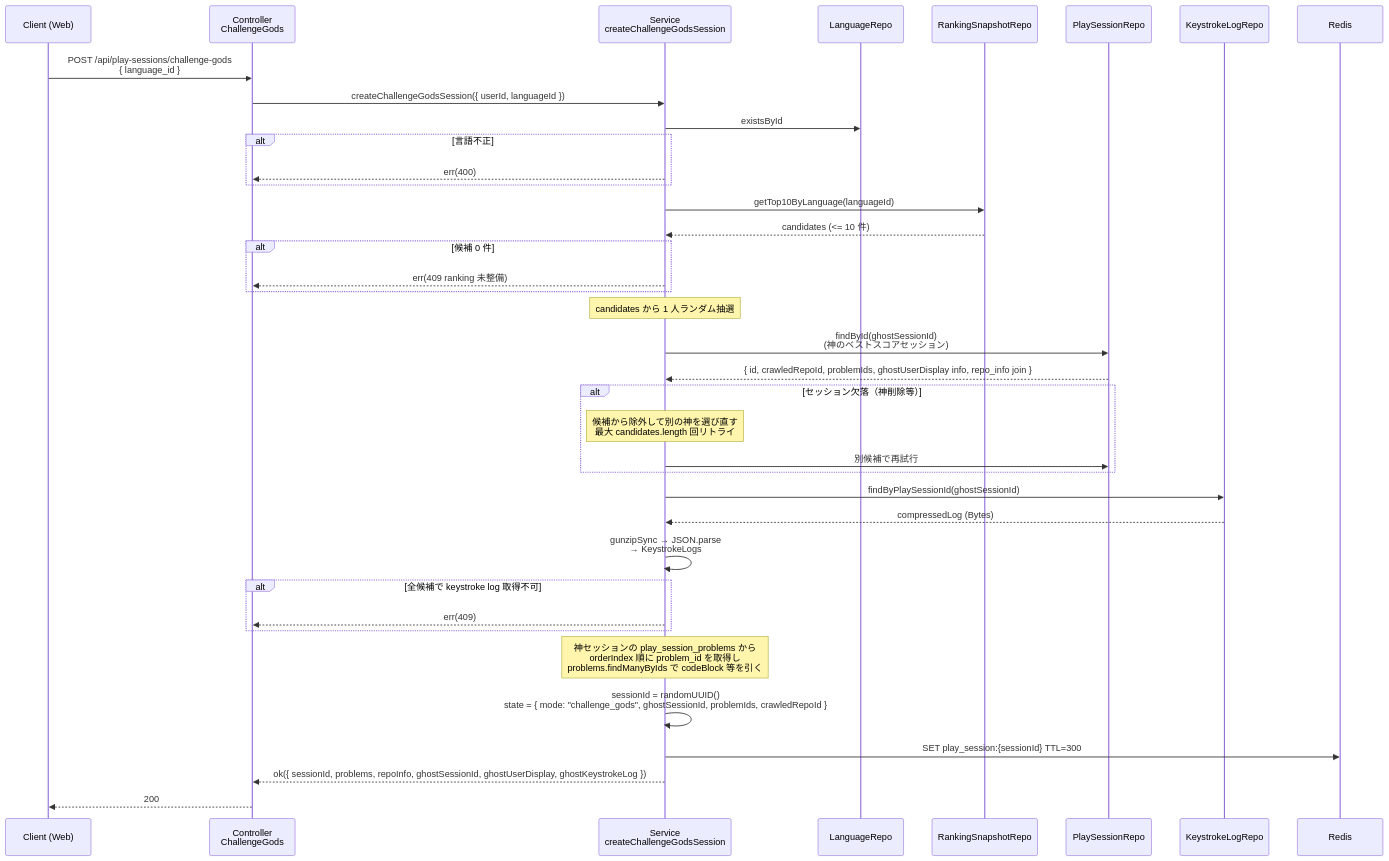
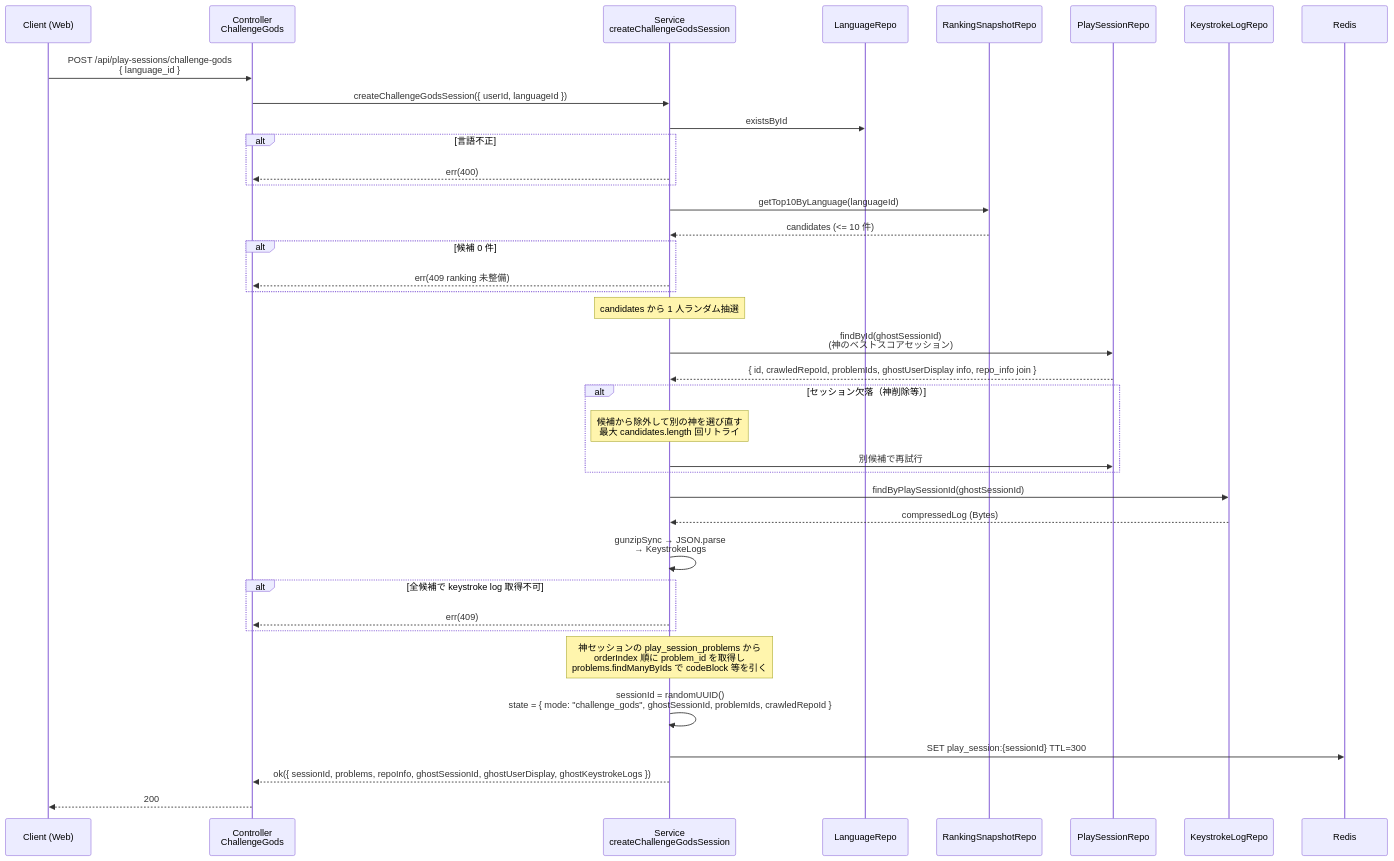
Before and after one commit to kentakki416/typing-royale: the diagram in docs/spec/typing-engine/step6-api-challenge-gods.md, drawn with Mermaid. The commit also changed other lines of this file and 51 other files, not shown here.

````diff
--- a/docs/spec/typing-engine/step6-api-challenge-gods.md
+++ b/docs/spec/typing-engine/step6-api-challenge-gods.md
@@ -110,48 +110,48 @@
 ```mermaid
 sequenceDiagram
     participant C as Client (Web)
     participant Ctrl as Controller<br/>ChallengeGods
     participant Svc as Service<br/>createChallengeGodsSession
     participant Lang as LanguageRepo
     participant Snap as RankingSnapshotRepo
     participant PS as PlaySessionRepo
     participant KL as KeystrokeLogRepo
     participant Redis as Redis
 
     C->>Ctrl: POST /api/play-sessions/challenge-gods<br/>{ language_id }
     Ctrl->>Svc: createChallengeGodsSession({ userId, languageId })
 
     Svc->>Lang: existsById
     alt 言語不正
         Svc-->>Ctrl: err(400)
     end
 
     Svc->>Snap: getTop10ByLanguage(languageId)
     Snap-->>Svc: candidates (<= 10 件)
     alt 候補 0 件
         Svc-->>Ctrl: err(409 ranking 未整備)
     end
 
     Note over Svc: candidates から 1 人ランダム抽選
 
     Svc->>PS: findById(ghostSessionId)<br/>(神のベストスコアセッション)
     PS-->>Svc: { id, crawledRepoId, problemIds, ghostUserDisplay info, repo_info join }
     alt セッション欠落（神削除等）
         Note over Svc: 候補から除外して別の神を選び直す<br/>最大 candidates.length 回リトライ
         Svc->>PS: 別候補で再試行
     end
 
     Svc->>KL: findByPlaySessionId(ghostSessionId)
     KL-->>Svc: compressedLog (Bytes)
     Svc->>Svc: gunzipSync → JSON.parse<br/>→ KeystrokeLogs
     alt 全候補で keystroke log 取得不可
         Svc-->>Ctrl: err(409)
     end
 
     Note over Svc: 神セッションの play_session_problems から<br/>orderIndex 順に problem_id を取得し<br/>problems.findManyByIds で codeBlock 等を引く
 
     Svc->>Svc: sessionId = randomUUID()<br/>state = { mode: "challenge_gods", ghostSessionId, problemIds, crawledRepoId }
     Svc->>Redis: SET play_session:{sessionId} TTL=300
-    Svc-->>Ctrl: ok({ sessionId, problems, repoInfo, ghostSessionId, ghostUserDisplay, ghostKeystrokeLog })
+    Svc-->>Ctrl: ok({ sessionId, problems, repoInfo, ghostSessionId, ghostUserDisplay, ghostKeystrokeLogs })
     Ctrl-->>C: 200
 ```
````
